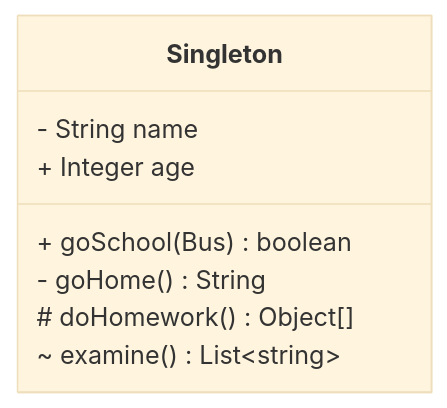
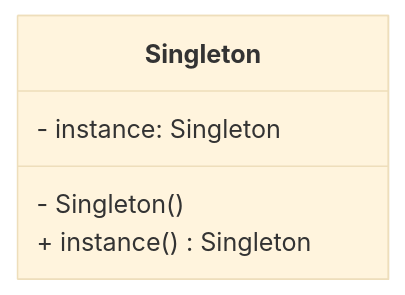
The diagram in 02-singleton/单例设计模式.md (Alves-7/Python-Design-Patterns), drawn with Mermaid (base theme) before and after one commit. The commit also changed other lines of this file, not shown here.

````diff
--- a/02-singleton/单例设计模式.md
+++ b/02-singleton/单例设计模式.md
@@ -10,11 +16,9 @@
 ```mermaid
 classDiagram
 class Singleton{
-    - String name
-    + Integer age
-    + goSchool(Bus) boolean
-    - goHome() String
-    # doHomework() Object[]
-    ~ examine() List~string~
+    - instance: Singleton
+    - Singleton()
+    + instance() Singleton
 }
+单例模式的UML图
 ```
````
